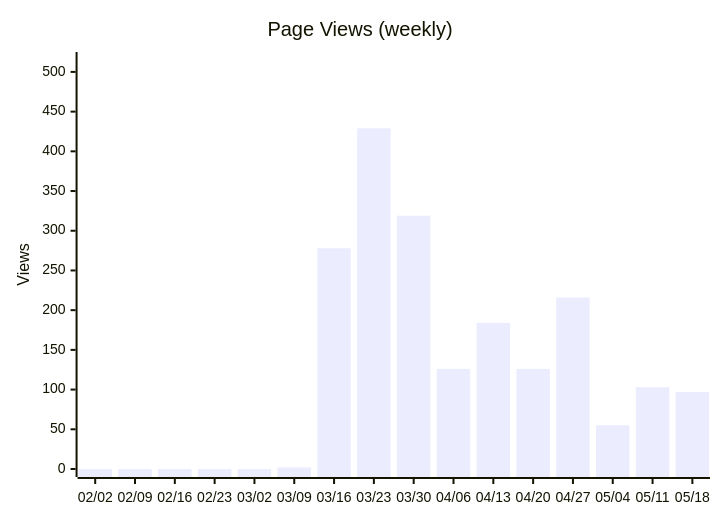
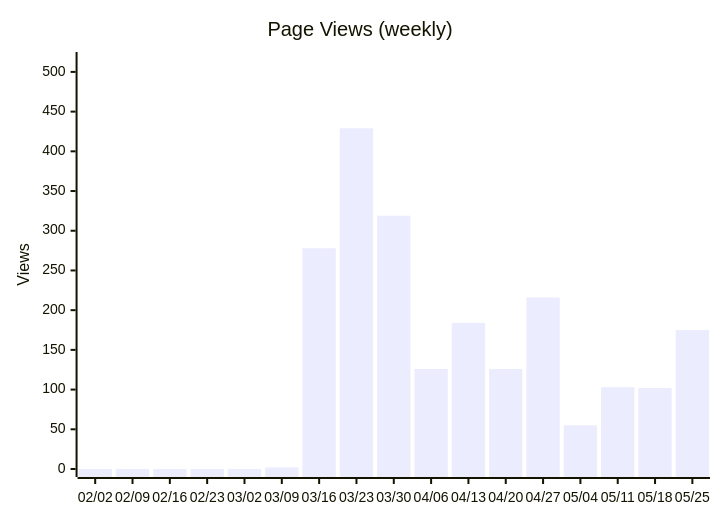
Before and after one commit to nablarch/nabledge-dev: diagram 12 of 14 in docs/metrics.md, drawn with Mermaid. The commit also changed other lines of this file and 2 other files, not shown here.

````diff
--- a/docs/metrics.md
+++ b/docs/metrics.md
@@ -161,7 +161,7 @@
 ```mermaid
 xychart-beta
   title "Page Views (weekly)"
-  x-axis ["02/02", "02/09", "02/16", "02/23", "03/02", "03/09", "03/16", "03/23", "03/30", "04/06", "04/13", "04/20", "04/27", "05/04", "05/11", "05/18"]
+  x-axis ["02/02", "02/09", "02/16", "02/23", "03/02", "03/09", "03/16", "03/23", "03/30", "04/06", "04/13", "04/20", "04/27", "05/04", "05/11", "05/18", "05/25"]
   y-axis "Views" 0 --> 515
-  bar [0, 0, 0, 0, 0, 2, 278, 429, 319, 126, 184, 126, 216, 55, 103, 97]
+  bar [0, 0, 0, 0, 0, 2, 278, 429, 319, 126, 184, 126, 216, 55, 103, 102, 175]
 ```
````
